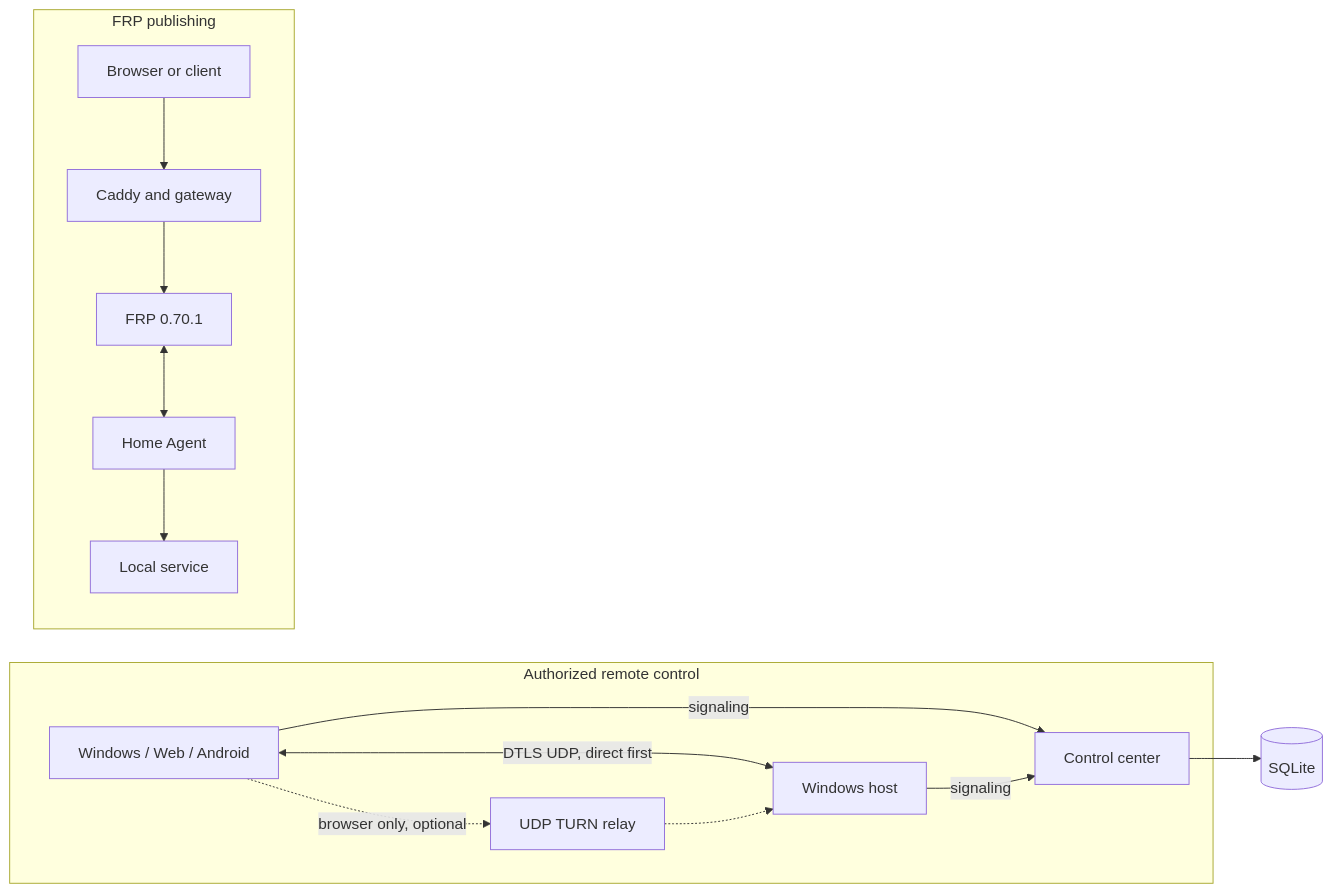
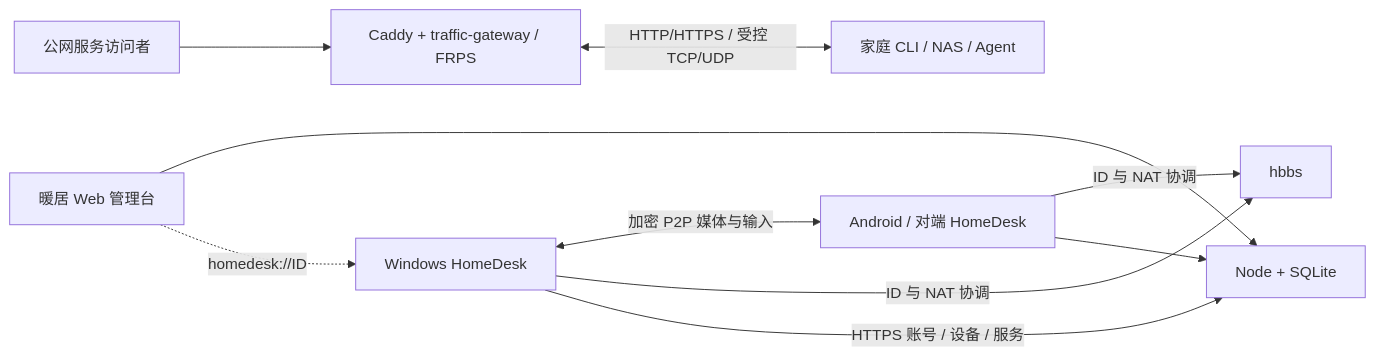
Before and after one commit to ZHanry/home-tunnel: the diagram in docs/ARCHITECTURE.md, drawn with Mermaid. The commit also changed other lines of this file and 38 other files, not shown here.

Commit message:
Integrate HomeDesk candidate channels, strict P2P architecture and compact distribution releases

````diff
--- a/docs/ARCHITECTURE.md
+++ b/docs/ARCHITECTURE.md
@@ -5,17 +7,12 @@
 ```mermaid
 flowchart LR
-  subgraph remote [Authorized remote control]
-    Controller[Windows / Web / Android] <-->|DTLS UDP, direct first| Host[Windows host]
-    Controller -.->|browser only, optional| Relay[UDP TURN relay]
-    Relay -.-> Host
-    Controller -->|signaling| Control
-    Host -->|signaling| Control
-  end
-  subgraph tunnel [FRP publishing]
-    Visitor[Browser or client] --> Edge[Caddy and gateway]
-    Edge --> FRPS[FRP 0.70.1]
-    FRPS <--> Agent[Home Agent]
-    Agent --> Local[Local service]
-  end
-  Control[Control center] --> DB[(SQLite)]
+  W[Windows HomeDesk] <-->|加密 P2P 媒体与输入| A[Android / 对端 HomeDesk]
+  W -->|ID 与 NAT 协调| H[hbbs]
+  A -->|ID 与 NAT 协调| H
+  W -->|HTTPS 账号 / 设备 / 服务| C[Node + SQLite]
+  A --> C
+  Web[暖居 Web 管理台] --> C
+  Web -.->|homedesk://ID| W
+  Visitor[公网服务访问者] --> Edge[Caddy + traffic-gateway / FRPS]
+  Edge <-->|HTTP/HTTPS / 受控 TCP/UDP| Agent[家庭 CLI / NAS / Agent]
 ```
````
